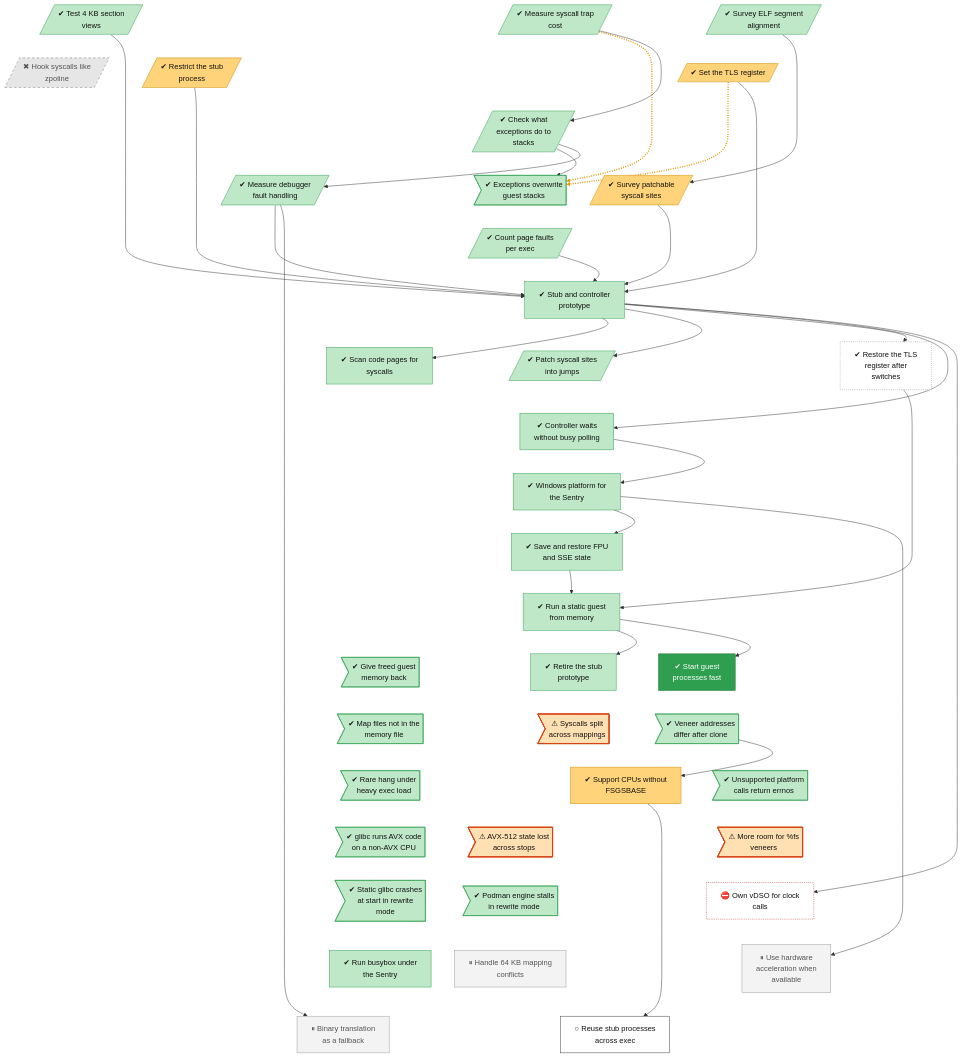
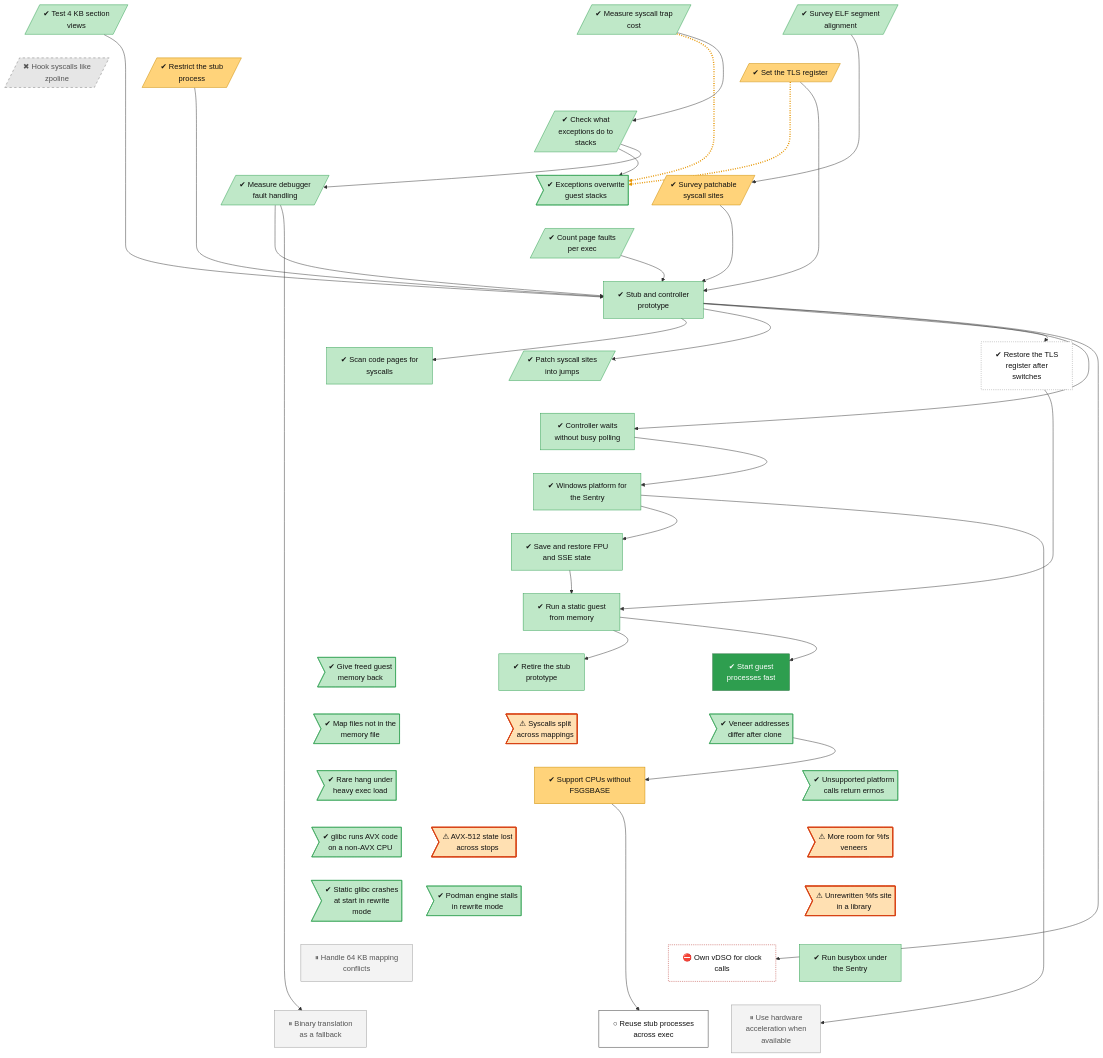
One commit to lhns/gvisor-windows changed the diagram in docs/roadmap/tracks/platform.md. Above: the diagram before and after it, drawn with Mermaid. The commit also changed other lines of this file and 6 other files, not shown here.

```diff
--- a/docs/roadmap/tracks/platform.md
+++ b/docs/roadmap/tracks/platform.md
@@ -42,6 +42,7 @@
     platform_fs_veneer_capacity>"⚠ More room for %fs<br/>veneers"]
     platform_rewrite_mode_slow_engine>"✔ Podman engine stalls<br/>in rewrite mode"]
     platform_rewrite_glibc_init_crash>"✔ Static glibc crashes<br/>at start in rewrite<br/>mode"]
+    platform_unrewritten_fs_in_library>"⚠ Unrewritten %fs site<br/>in a library"]
     platform_own_vdso["⛔ Own vDSO for clock<br/>calls"]
     platform_64k_mapping_conflicts["⏸ Handle 64 KB mapping<br/>conflicts"]
     platform_busybox_on_windows["✔ Run busybox under<br/>the Sentry"]
@@ -84,13 +85,13 @@
     platform_unsupported_errno ~~~ platform_fs_veneer_capacity
     platform_avx512_state_lost ~~~ platform_rewrite_mode_slow_engine
     platform_avx_on_non_avx_cpu ~~~ platform_rewrite_glibc_init_crash
-    platform_fs_veneer_capacity ~~~ platform_own_vdso
-    platform_rewrite_mode_slow_engine ~~~ platform_64k_mapping_conflicts
-    platform_rewrite_glibc_init_crash ~~~ platform_busybox_on_windows
+    platform_fs_veneer_capacity ~~~ platform_unrewritten_fs_in_library
+    platform_rewrite_mode_slow_engine ~~~ platform_own_vdso
+    platform_rewrite_glibc_init_crash ~~~ platform_64k_mapping_conflicts
+    platform_unrewritten_fs_in_library ~~~ platform_busybox_on_windows
     platform_own_vdso ~~~ platform_hardware_acceleration
     platform_64k_mapping_conflicts ~~~ platform_binary_translation_fallback
     platform_busybox_on_windows ~~~ platform_recycle_stubs
-    platform_hardware_acceleration ~~~ platform_recycle_stubs
     platform_trap_cost -.-> platform_veh_on_guest_stack_unsafe
     platform_tls_register -.-> platform_veh_on_guest_stack_unsafe
     platform_trap_cost --> platform_exception_stack
@@ -138,7 +139,7 @@
     class platform_zpoline_hooks dead
     class platform_fs_base_repair unrated
     class platform_fast_process_start vsucc
-    class platform_split_syscall_unpatched,platform_avx512_state_lost,platform_fs_veneer_capacity finding
+    class platform_split_syscall_unpatched,platform_avx512_state_lost,platform_fs_veneer_capacity,platform_unrewritten_fs_in_library finding
     class platform_own_vdso blocked
     class platform_64k_mapping_conflicts,platform_hardware_acceleration,platform_binary_translation_fallback parked
     class platform_recycle_stubs next
```
